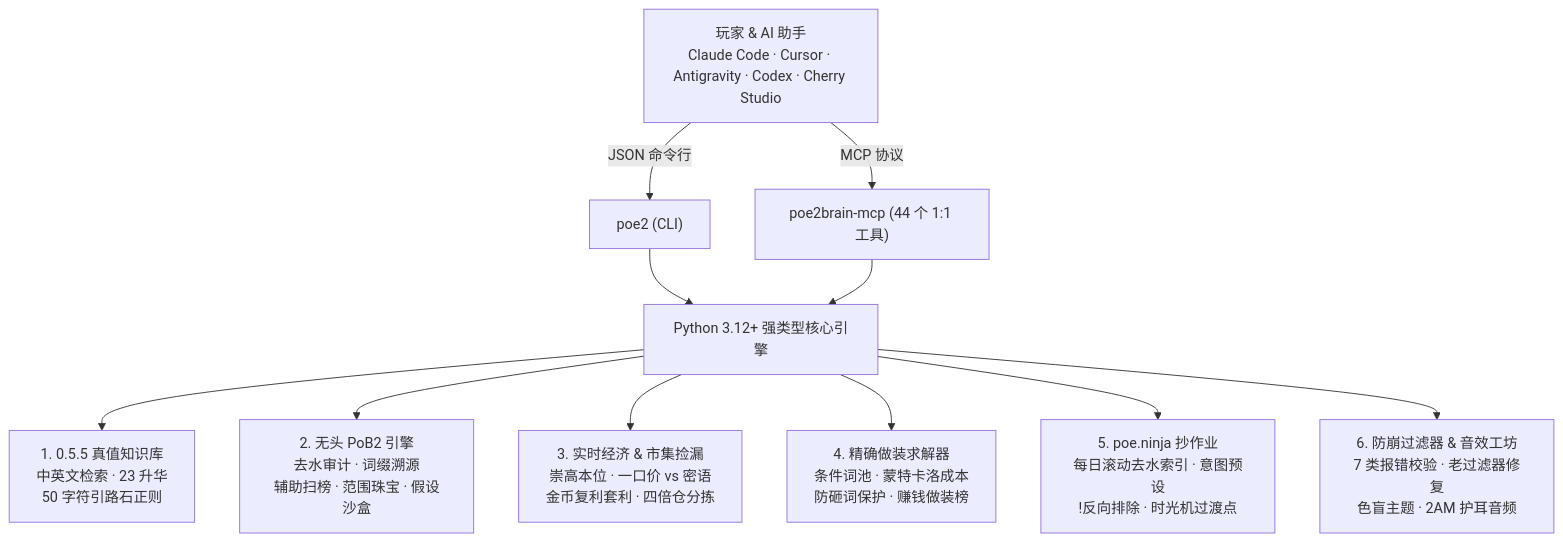
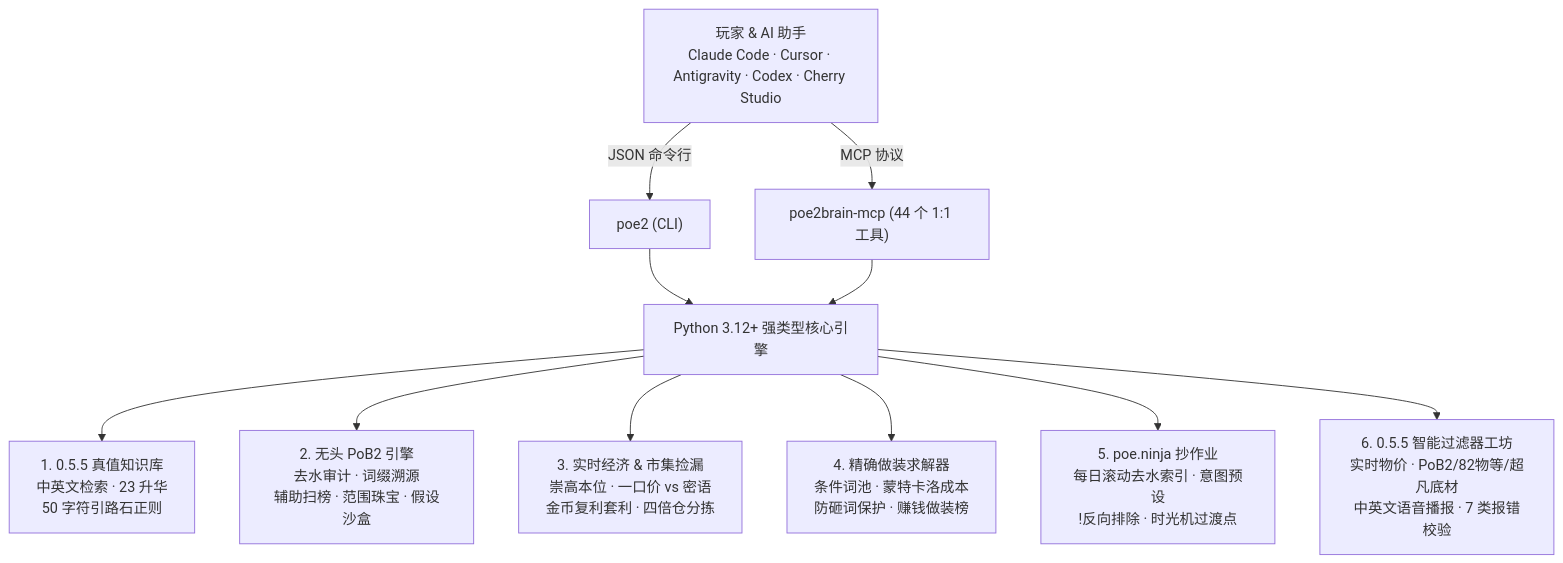
The diagram in README_ZH.md (lifan-builds/poe2brain), drawn with Mermaid before and after one commit. The commit also changed other lines of this file and 8 other files, not shown here.

````diff
--- a/README_ZH.md
+++ b/README_ZH.md
@@ -97,15 +97,15 @@
 ```mermaid
 flowchart TB
     A["玩家 & AI 助手<br/>Claude Code · Cursor · Antigravity · Codex · Cherry Studio"]
     A -->|JSON 命令行| CLI["poe2 (CLI)"]
     A -->|MCP 协议| MCP["poe2brain-mcp (44 个 1:1 工具)"]
     CLI --> CORE["Python 3.12+ 强类型核心引擎"]
     MCP --> CORE
 
     CORE --> P1["1. 0.5.5 真值知识库<br/>中英文检索 · 23 升华<br/>50 字符引路石正则"]
     CORE --> P2["2. 无头 PoB2 引擎<br/>去水审计 · 词缀溯源<br/>辅助扫榜 · 范围珠宝 · 假设沙盒"]
     CORE --> P3["3. 实时经济 & 市集捡漏<br/>崇高本位 · 一口价 vs 密语<br/>金币复利套利 · 四倍仓分拣"]
     CORE --> P4["4. 精确做装求解器<br/>条件词池 · 蒙特卡洛成本<br/>防砸词保护 · 赚钱做装榜"]
     CORE --> P5["5. poe.ninja 抄作业<br/>每日滚动去水索引 · 意图预设<br/>!反向排除 · 时光机过渡点"]
-    CORE --> P6["6. 防崩过滤器 & 音效工坊<br/>7 类报错校验 · 老过滤器修复<br/>色盲主题 · 2AM 护耳音频"]
+    CORE --> P6["6. 0.5.5 智能过滤器工坊<br/>实时物价 · PoB2/82物等/超凡底材<br/>中英文语音播报 · 7 类报错校验"]
 ```
````
